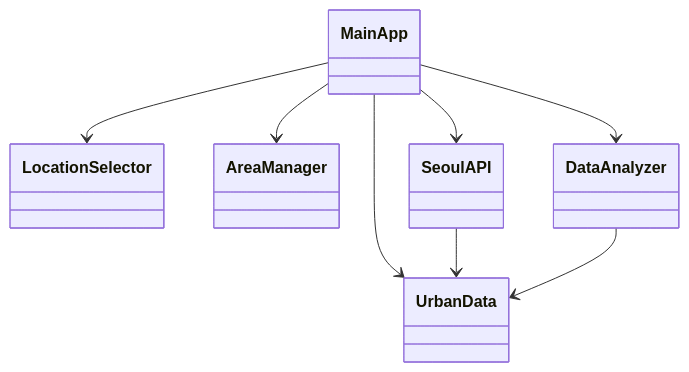
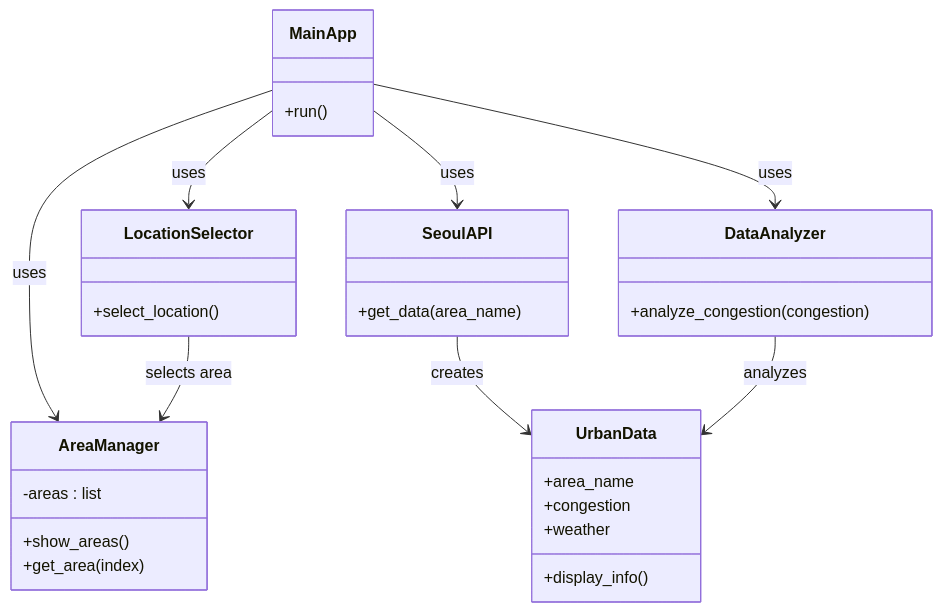
One commit to Ginaeyo/Seoul-Real-Time-Urban-Data changed the diagram in README.md. Above: the diagram before and after it, drawn with Mermaid.

````diff
--- a/README.md
+++ b/README.md
@@ -79,19 +79,41 @@
 ```mermaid
 classDiagram
 
-class MainApp
-class LocationSelector
-class AreaManager
-class SeoulAPI
-class UrbanData
-class DataAnalyzer
+class MainApp {
+    +run()
+}
 
-MainApp --> LocationSelector
-MainApp --> AreaManager
-MainApp --> SeoulAPI
-MainApp --> UrbanData
-MainApp --> DataAnalyzer
+class LocationSelector {
+    +select_location()
+}
 
-SeoulAPI --> UrbanData
-DataAnalyzer --> UrbanData
+class AreaManager {
+    -areas : list
+    +show_areas()
+    +get_area(index)
+}
+
+class SeoulAPI {
+    +get_data(area_name)
+}
+
+class UrbanData {
+    +area_name
+    +congestion
+    +weather
+    +display_info()
+}
+
+class DataAnalyzer {
+    +analyze_congestion(congestion)
+}
+
+MainApp --> LocationSelector : uses
+MainApp --> AreaManager : uses
+MainApp --> SeoulAPI : uses
+MainApp --> DataAnalyzer : uses
+
+LocationSelector --> AreaManager : selects area
+SeoulAPI --> UrbanData : creates
+DataAnalyzer --> UrbanData : analyzes
 ```
````
